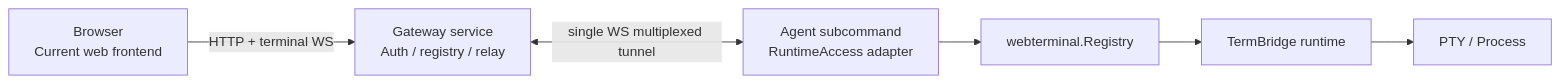
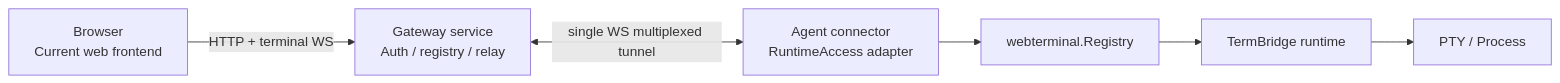
One commit to leoninew/term-bridge changed the first of 5 diagrams in docs/verification/20260620-m6-gateway-web-terminal-mvp.md. Above: the diagram before and after it, drawn with Mermaid. The commit also changed other lines of this file and 37 other files, not shown here.

First line of the commit message:
feat(serve): consolidate gateway and agent entrypoints

````diff
--- a/docs/verification/20260620-m6-gateway-web-terminal-mvp.md
+++ b/docs/verification/20260620-m6-gateway-web-terminal-mvp.md
@@ -43,8 +44,8 @@
 ```mermaid
 flowchart LR
     Browser[Browser\nCurrent web frontend] -->|HTTP + terminal WS| Gateway[Gateway service\nAuth / registry / relay]
-    Gateway <-->|single WS multiplexed tunnel| Agent[Agent subcommand\nRuntimeAccess adapter]
+    Gateway <-->|single WS multiplexed tunnel| Agent[Agent connector\nRuntimeAccess adapter]
     Agent --> Registry[webterminal.Registry]
     Registry --> Runtime[TermBridge runtime]
     Runtime --> PTY[PTY / Process]
 ```
````
